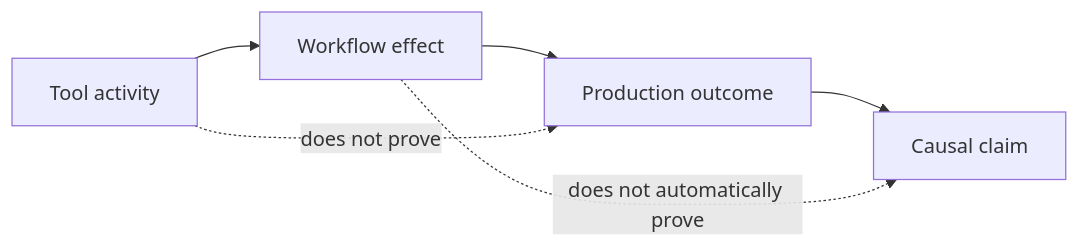
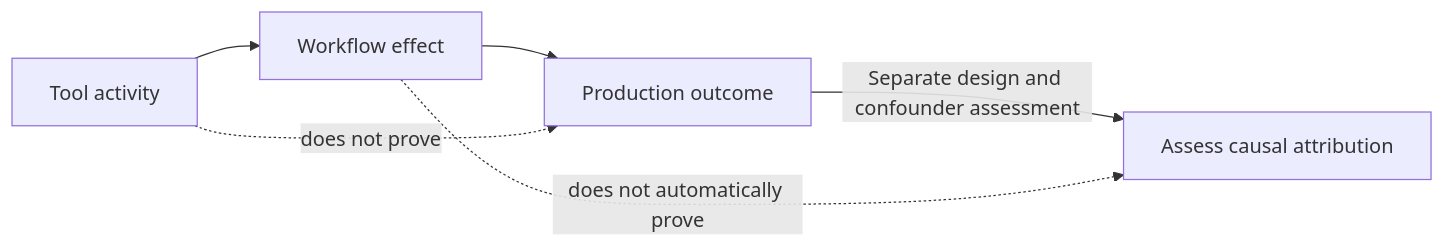
Before and after one commit to UncertaintyArchitectureGroup/The-Subprime-Code-Crisis: the first of 2 diagrams in protocols/03_public_defense.md, drawn with Mermaid. The commit also changed other lines of this file and 14 other files, not shown here.

````diff
--- a/protocols/03_public_defense.md
+++ b/protocols/03_public_defense.md
@@ -33,9 +33,9 @@
 ```mermaid
 flowchart LR
     A[Tool activity] --> B[Workflow effect]
     B --> C[Production outcome]
-    C --> D[Causal claim]
+    C -->|"Separate design and confounder assessment"| D[Assess causal attribution]
 
     A -. does not prove .-> C
     B -. does not automatically prove .-> D
 ```
````
